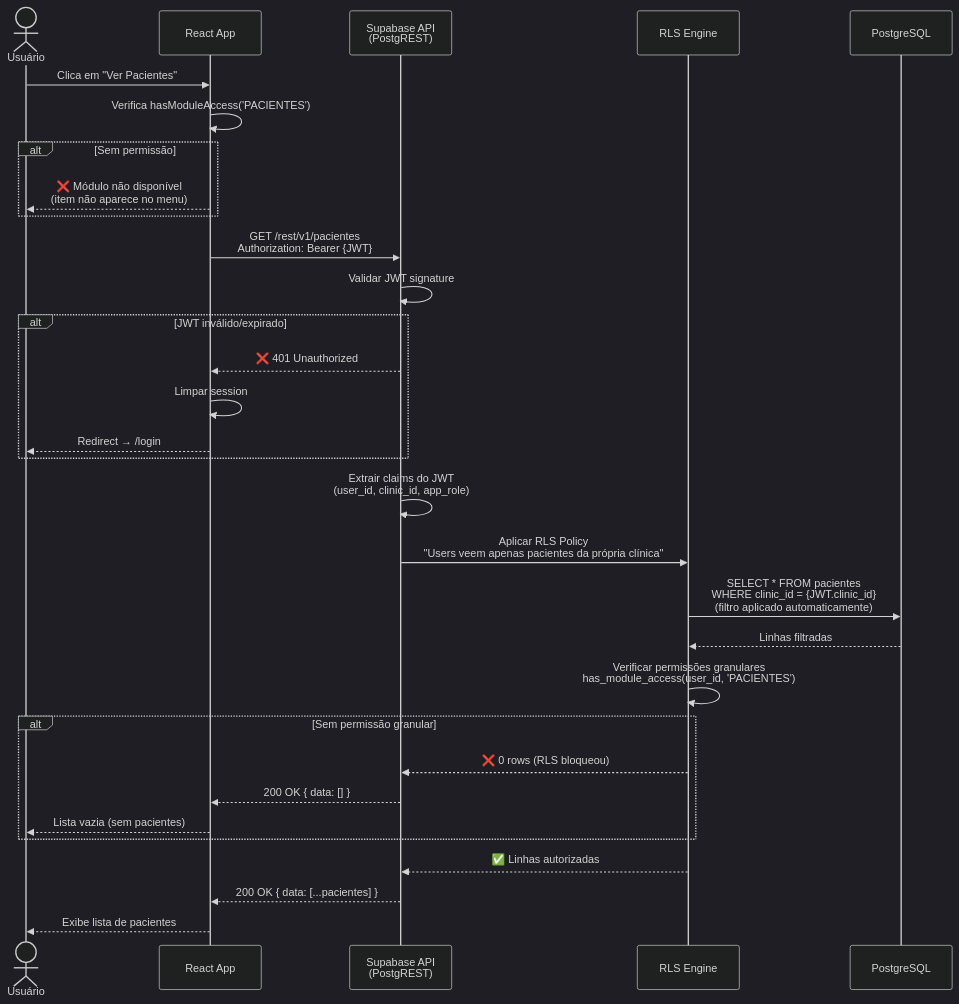
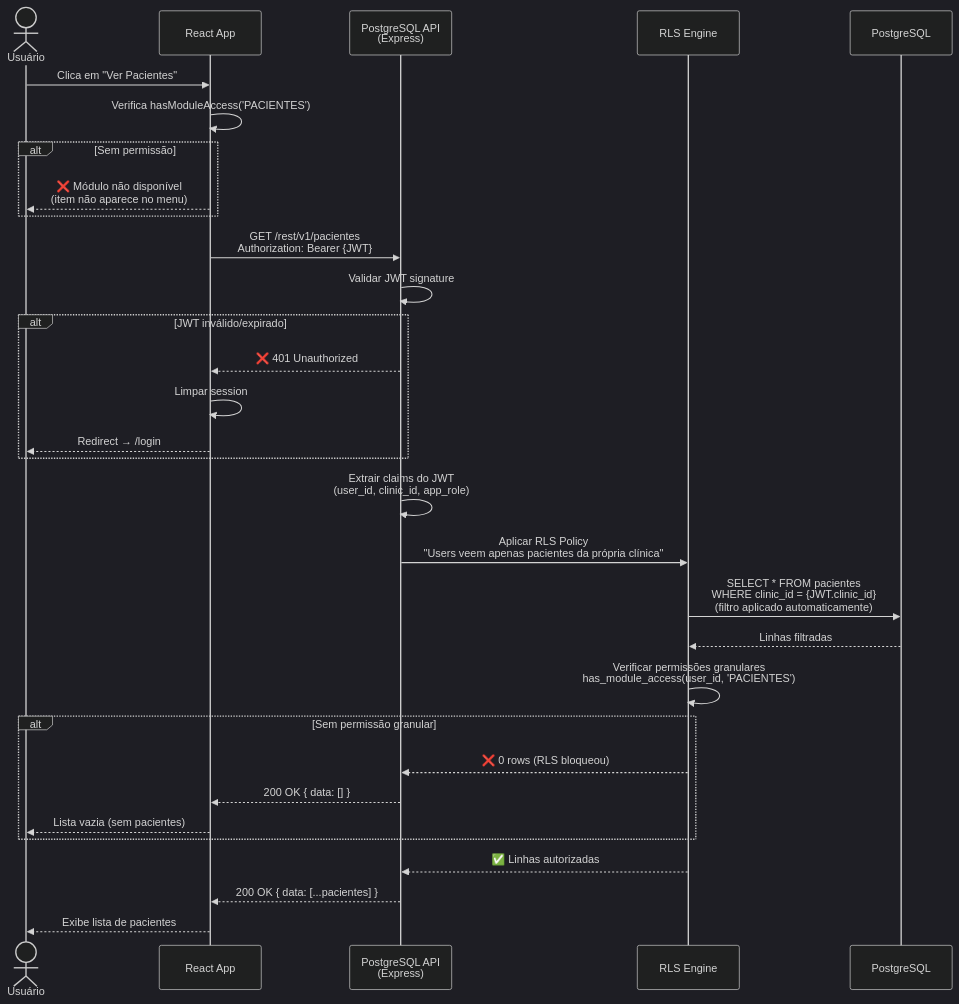
Before and after one commit to B0yZ4kr14/ortho-plus-modules-07b53a29: the second of 6 diagrams in docs/DIAGRAMAS/06-FLUXO-AUTENTICACAO.md, drawn with Mermaid (dark theme). The commit also changed other lines of this file and 112 other files, not shown here.

First line of the commit message:
docs: add migration guides, architecture docs, and validation reports

````diff
--- a/docs/DIAGRAMAS/06-FLUXO-AUTENTICACAO.md
+++ b/docs/DIAGRAMAS/06-FLUXO-AUTENTICACAO.md
@@ -72,46 +72,46 @@
 ```mermaid
 sequenceDiagram
     actor User as Usuário
     participant UI as React App
-    participant API as Supabase API<br/>(PostgREST)
+    participant API as PostgreSQL API<br/>(Express)
     participant RLS as RLS Engine
     participant DB as PostgreSQL
 
     User->>UI: Clica em "Ver Pacientes"
     
     UI->>UI: Verifica hasModuleAccess('PACIENTES')
     
     alt Sem permissão
         UI-->>User: ❌ Módulo não disponível<br/>(item não aparece no menu)
     end
     
     UI->>API: GET /rest/v1/pacientes<br/>Authorization: Bearer {JWT}
     
     API->>API: Validar JWT signature
     
     alt JWT inválido/expirado
         API-->>UI: ❌ 401 Unauthorized
         UI->>UI: Limpar session
         UI-->>User: Redirect → /login
     end
     
     API->>API: Extrair claims do JWT<br/>(user_id, clinic_id, app_role)
     
     API->>RLS: Aplicar RLS Policy<br/>"Users veem apenas pacientes da própria clínica"
     
     RLS->>DB: SELECT * FROM pacientes<br/>WHERE clinic_id = {JWT.clinic_id}<br/>(filtro aplicado automaticamente)
     
     DB-->>RLS: Linhas filtradas
     
     RLS->>RLS: Verificar permissões granulares<br/>has_module_access(user_id, 'PACIENTES')
     
     alt Sem permissão granular
         RLS-->>API: ❌ 0 rows (RLS bloqueou)
         API-->>UI: 200 OK { data: [] }
         UI-->>User: Lista vazia (sem pacientes)
     end
     
     RLS-->>API: ✅ Linhas autorizadas
     API-->>UI: 200 OK { data: [...pacientes] }
     UI-->>User: Exibe lista de pacientes
 ```
````
